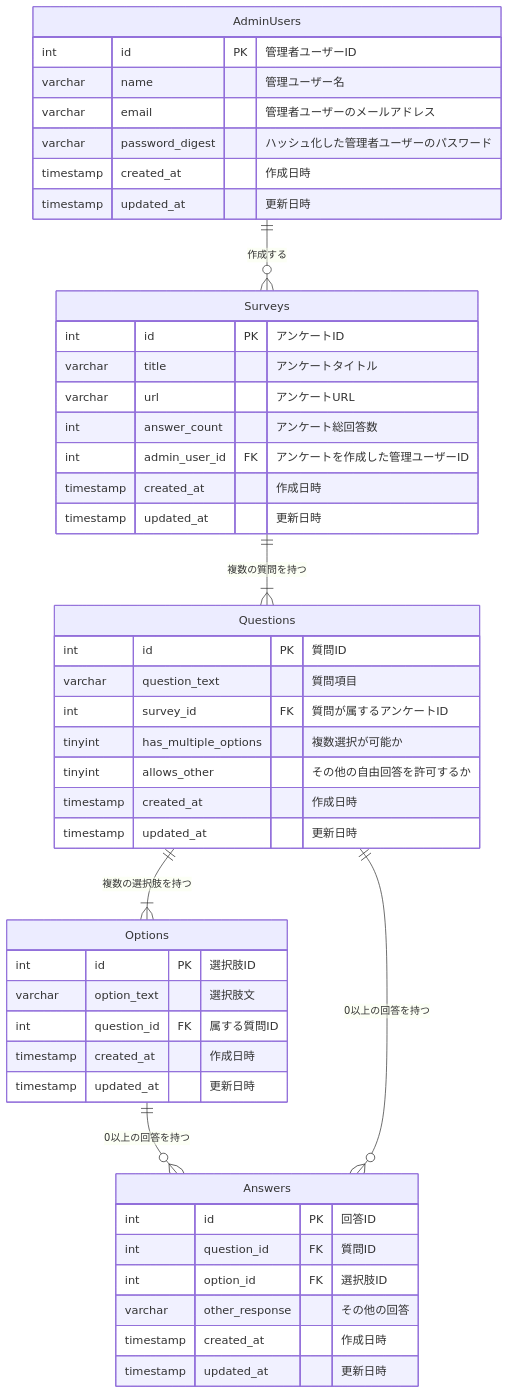
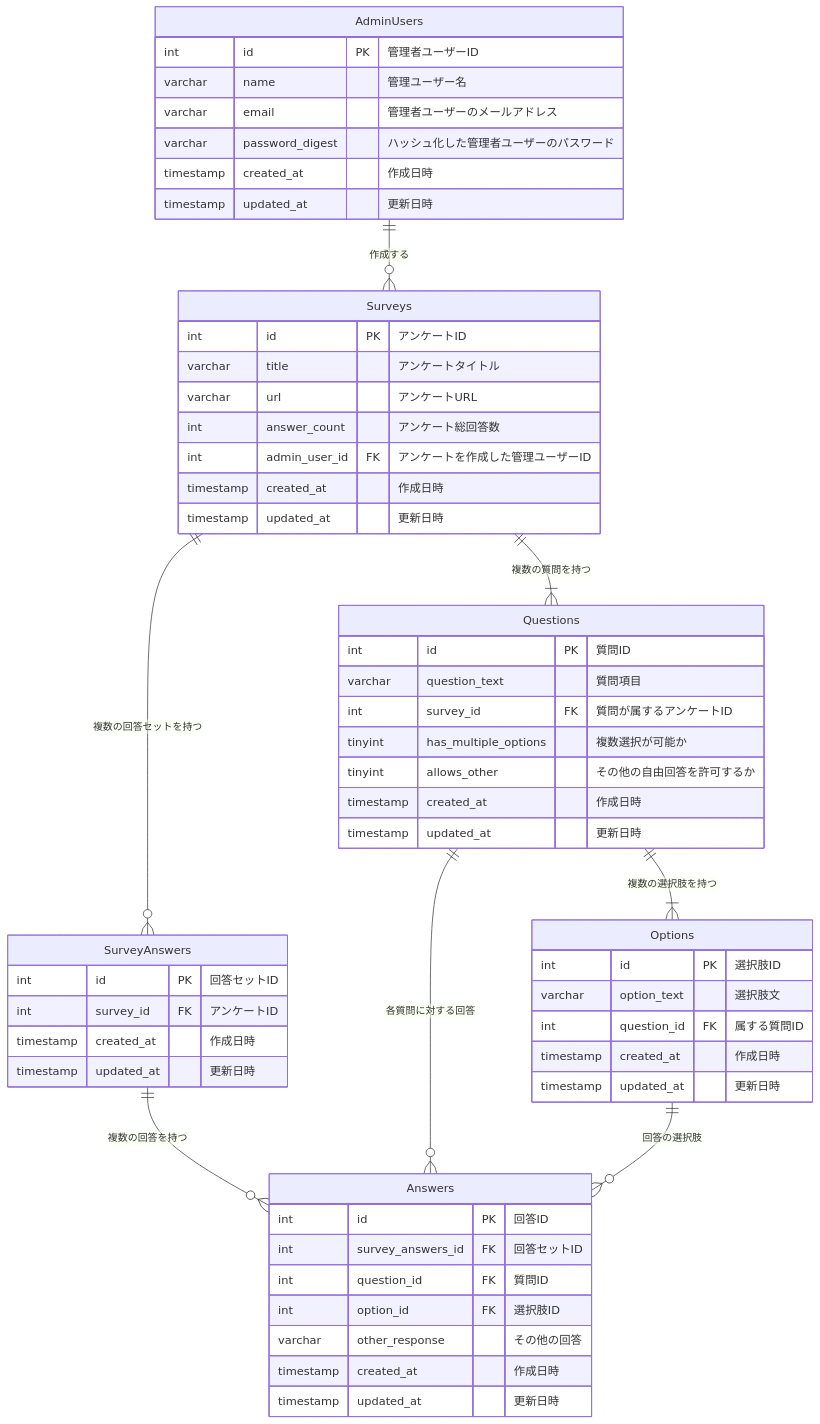
The diagram in README.md (yamatowani/questionnaire-system), drawn with Mermaid before and after one commit.

Commit message:
change: DB Schema

````diff
--- a/README.md
+++ b/README.md
@@ -196,58 +196,66 @@
 ```mermaid
 erDiagram
 
     AdminUsers {
         int id PK "管理者ユーザーID"
         varchar name "管理ユーザー名"
         varchar email "管理者ユーザーのメールアドレス"
         varchar password_digest "ハッシュ化した管理者ユーザーのパスワード"
         timestamp created_at "作成日時"
         timestamp updated_at "更新日時"
     }
 
     Surveys {
         int id PK "アンケートID"
         varchar title "アンケートタイトル"
         varchar url "アンケートURL"
         int     answer_count "アンケート総回答数"
         int admin_user_id FK "アンケートを作成した管理ユーザーID"
         timestamp created_at "作成日時"
         timestamp updated_at "更新日時"
     }
 
     Questions {
         int id PK "質問ID"
         varchar question_text "質問項目"
         int survey_id FK "質問が属するアンケートID"
         tinyint has_multiple_options "複数選択が可能か"
         tinyint allows_other "その他の自由回答を許可するか"
         timestamp created_at "作成日時"
         timestamp updated_at "更新日時"
     }
 
     Options {
         int id PK "選択肢ID"
         varchar option_text "選択肢文"
         int question_id FK "属する質問ID"
         timestamp created_at "作成日時"
         timestamp updated_at "更新日時"
     }
 
+    SurveyAnswers {
+      int id PK "回答セットID"
+      int survey_id FK "アンケートID"
+      timestamp created_at "作成日時"
+      timestamp updated_at "更新日時"
+    }
+
     Answers {
         int id PK "回答ID"
+        int survey_answers_id FK "回答セットID"
         int question_id FK "質問ID"
         int option_id FK "選択肢ID"
         varchar other_response "その他の回答"
         timestamp created_at "作成日時"
         timestamp updated_at "更新日時"
     }
-
     
     %% リレーションシップ
     AdminUsers ||--o{ Surveys : "作成する"
     Surveys ||--|{ Questions : "複数の質問を持つ"
     Questions ||--|{ Options : "複数の選択肢を持つ"
-    Options ||--o{ Answers : "0以上の回答を持つ"
-    Questions ||--o{ Answers : "0以上の回答を持つ"
-
+    SurveyAnswers ||--o{ Answers : "複数の回答を持つ"
+    Surveys ||--o{ SurveyAnswers : "複数の回答セットを持つ"
+    Questions ||--o{ Answers : "各質問に対する回答"
+    Options ||--o{ Answers : "回答の選択肢"
 ```
````
